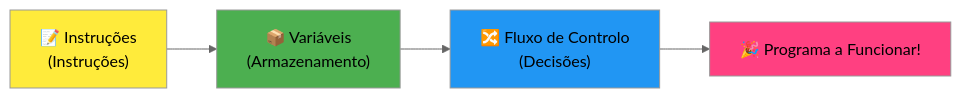
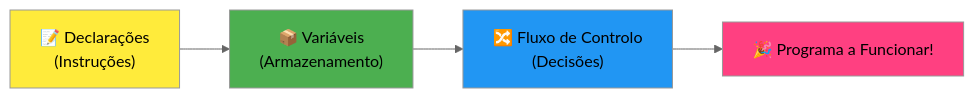
Before and after one commit to microsoft/Web-Dev-For-Beginners: the fourth of 7 diagrams in translations/pt-PT/1-getting-started-lessons/1-intro-to-programming-languages/README.md, drawn with Mermaid (neutral theme). The commit also changed other lines of this file and 11 other files, not shown here.

````diff
--- a/translations/pt-PT/1-getting-started-lessons/1-intro-to-programming-languages/README.md
+++ b/translations/pt-PT/1-getting-started-lessons/1-intro-to-programming-languages/README.md
@@ -466,9 +467,9 @@
 ```mermaid
 flowchart LR
-    A["📝 Instruções<br/>(Instruções)"] --> B["📦 Variáveis<br/>(Armazenamento)"] --> C["🔀 Fluxo de Controlo<br/>(Decisões)"] --> D["🎉 Programa a Funcionar!"]
+    A["📝 Declarações<br/>(Instruções)"] --> B["📦 Variáveis<br/>(Armazenamento)"] --> C["🔀 Fluxo de Controlo<br/>(Decisões)"] --> D["🎉 Programa a Funcionar!"]
     
     style A fill:#ffeb3b
     style B fill:#4caf50
     style C fill:#2196f3
     style D fill:#ff4081
 ```
````
